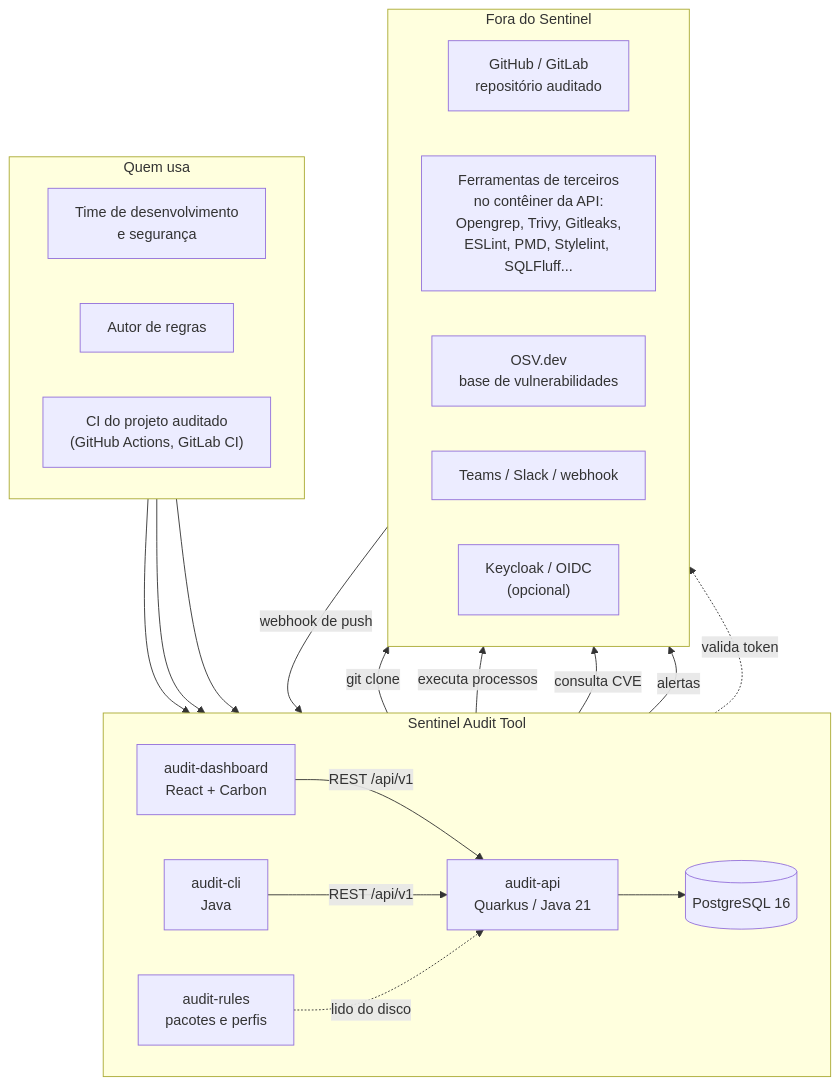
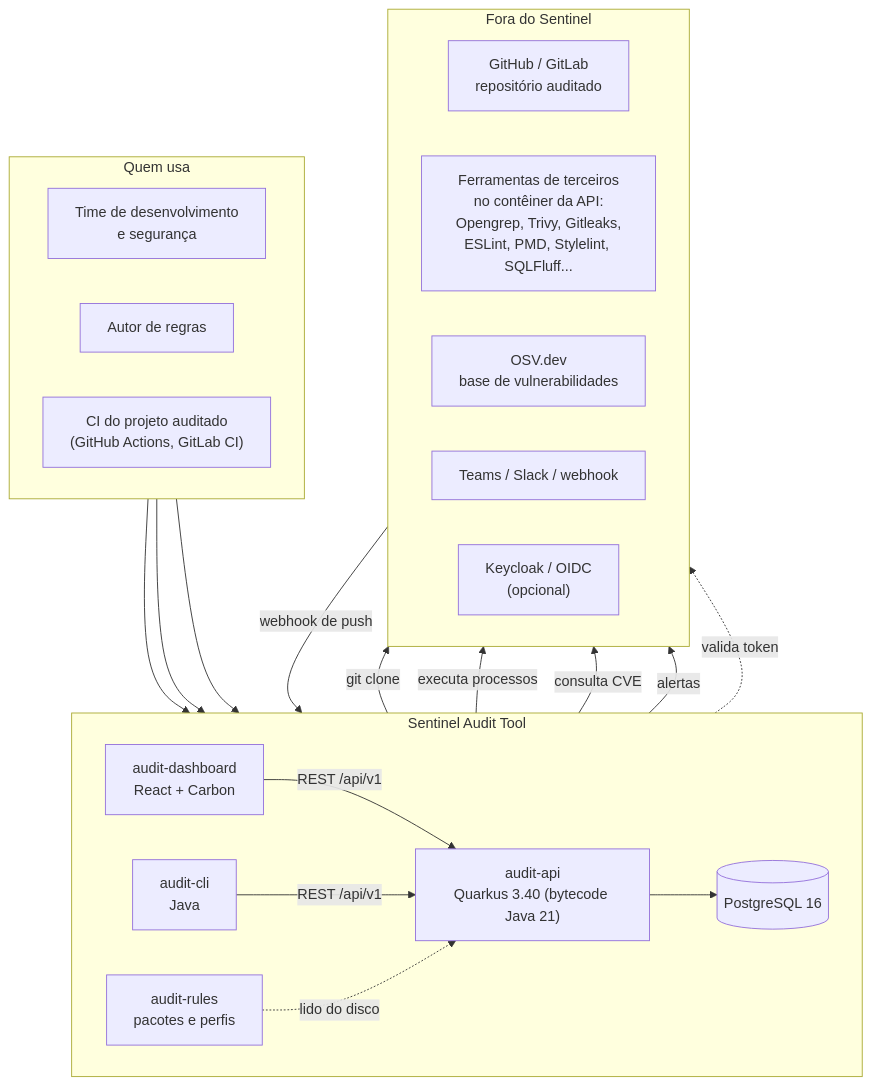
Before and after one commit to joaopaulosistemas/sentinel: the first of 14 diagrams in docs/arquitetura/ARQUITETURA.md, drawn with Mermaid. The commit also changed other lines of this file and 10 other files, not shown here.

````diff
--- a/docs/arquitetura/ARQUITETURA.md
+++ b/docs/arquitetura/ARQUITETURA.md
@@ -28,41 +28,41 @@
 ```mermaid
 flowchart TB
     subgraph Usuarios["Quem usa"]
         direction LR
         DEV["Time de desenvolvimento\ne segurança"]
         AUT["Autor de regras"]
         CIEXT["CI do projeto auditado\n(GitHub Actions, GitLab CI)"]
     end
 
     subgraph Sentinel["Sentinel Audit Tool"]
         direction LR
         DASH["audit-dashboard\nReact + Carbon"]
         CLI["audit-cli\nJava"]
-        API["audit-api\nQuarkus / Java 21"]
+        API["audit-api\nQuarkus 3.40 (bytecode Java 21)"]
         DB[("PostgreSQL 16")]
         RULES["audit-rules\npacotes e perfis"]
     end
 
     subgraph Externos["Fora do Sentinel"]
         direction LR
         GIT["GitHub / GitLab\nrepositório auditado"]
         TOOLS["Ferramentas de terceiros\nno contêiner da API:\nOpengrep, Trivy, Gitleaks,\nESLint, PMD, Stylelint, SQLFluff..."]
         OSV["OSV.dev\nbase de vulnerabilidades"]
         NOTIF["Teams / Slack / webhook"]
         IDP["Keycloak / OIDC\n(opcional)"]
     end
 
     DEV --> DASH
     CIEXT --> CLI
     AUT --> RULES
     DASH -- "REST /api/v1" --> API
     CLI -- "REST /api/v1" --> API
     API --> DB
     RULES -. "lido do disco" .-> API
     GIT -- "webhook de push" --> API
     API -- "git clone" --> GIT
     API -- "executa processos" --> TOOLS
     API -- "consulta CVE" --> OSV
     API -- "alertas" --> NOTIF
     API -. "valida token" .-> IDP
 ```
````
